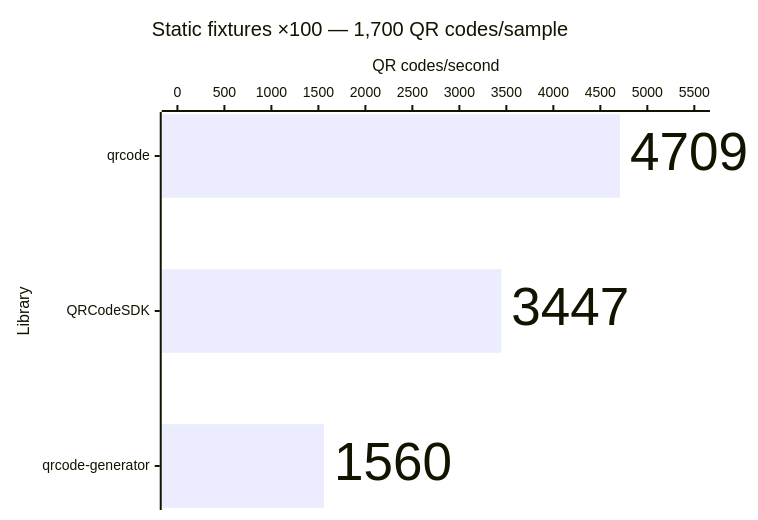
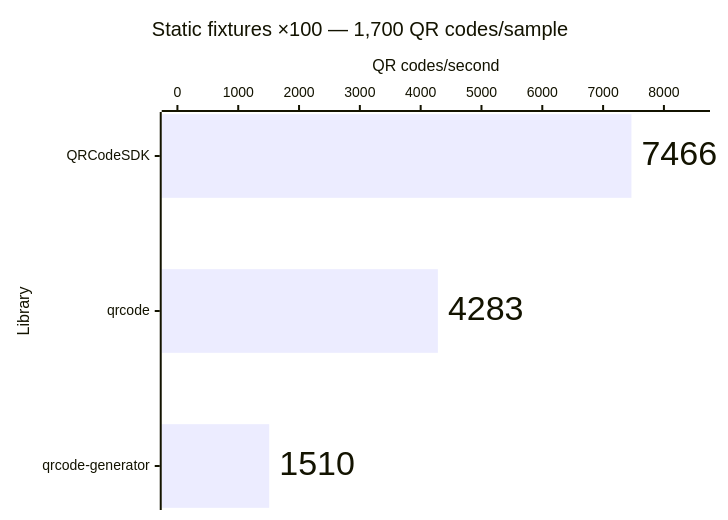
The tenth of 14 diagrams in apps/docs/src/content/docs/learn/performance.md (Dafnik/qrcodesdk), drawn with Mermaid before and after one commit. The commit also changed other lines of this file and 2 other files, not shown here.

````diff
--- a/apps/docs/src/content/docs/learn/performance.md
+++ b/apps/docs/src/content/docs/learn/performance.md
@@ -214,15 +214,15 @@
 ```mermaid
 ---
 config:
   xyChart:
     showDataLabel: true
     showDataLabelOutsideBar: true
 ---
 xychart horizontal
   accTitle: SVG generation: Static fixtures ×100 — 1,700 QR codes/sample
-  accDescr: Throughput calculated from median time. qrcode 4,709 QR codes per second, QRCodeSDK 3,447 QR codes per second, qrcode-generator 1,560 QR codes per second. Higher is better.
+  accDescr: Throughput calculated from median time. QRCodeSDK 7,466 QR codes per second, qrcode 4,283 QR codes per second, qrcode-generator 1,510 QR codes per second. Higher is better.
   title "Static fixtures ×100 — 1,700 QR codes/sample"
-  x-axis "Library" ["qrcode", "QRCodeSDK", "qrcode-generator"]
-  y-axis "QR codes/second" 0 --> 5500
-  bar [4709, 3447, 1560]
+  x-axis "Library" ["QRCodeSDK", "qrcode", "qrcode-generator"]
+  y-axis "QR codes/second" 0 --> 8500
+  bar [7466, 4283, 1510]
 ```
````
